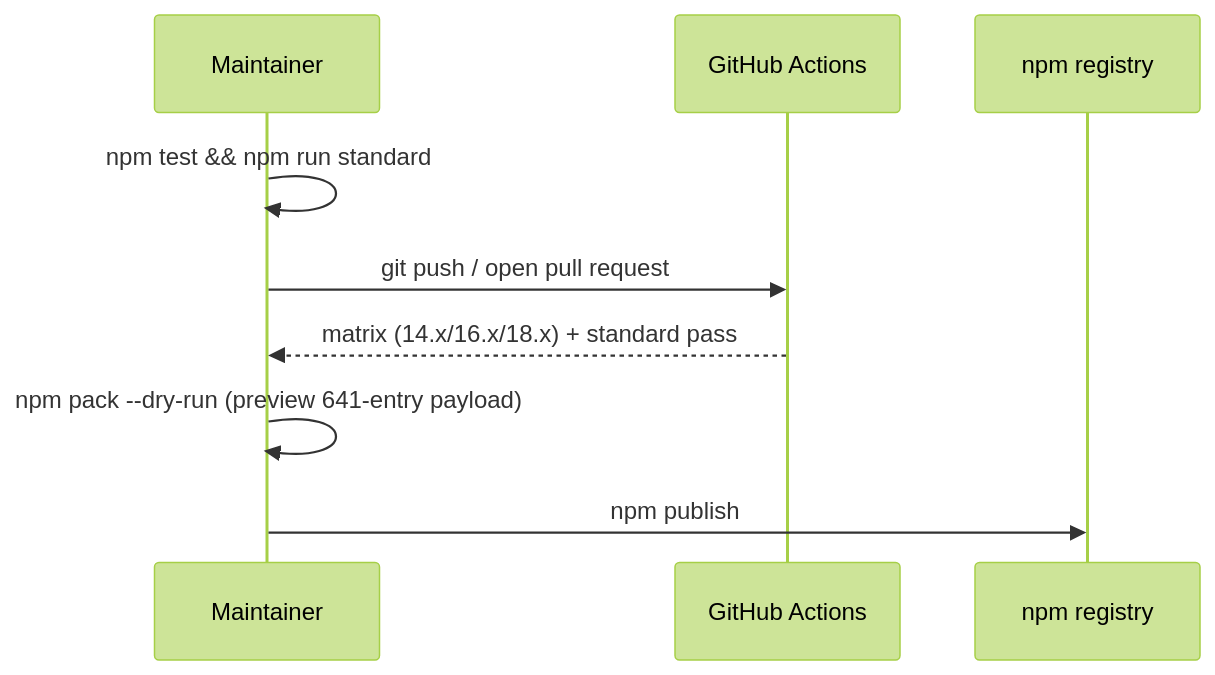
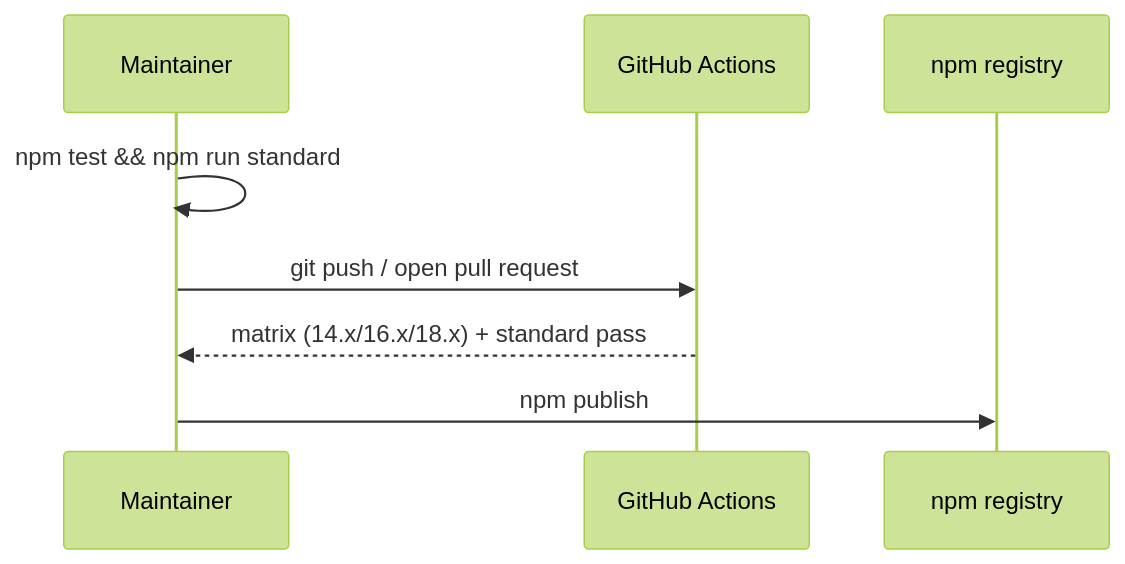
The second of 2 diagrams in README.md (lakshya-blitzy/Parent_repo_for_submodule), drawn with Mermaid (forest theme) before and after one commit. The commit also changed other lines of this file, not shown here.

````diff
--- a/README.md
+++ b/README.md
@@ -123,11 +190,10 @@
 ```mermaid
 sequenceDiagram
     participant Dev as Maintainer
     participant CI as GitHub Actions
     participant NPM as npm registry
     Dev->>Dev: npm test && npm run standard
     Dev->>CI: git push / open pull request
     CI-->>Dev: matrix (14.x/16.x/18.x) + standard pass
-    Dev->>Dev: npm pack --dry-run (preview 641-entry payload)
     Dev->>NPM: npm publish
 ```
````
